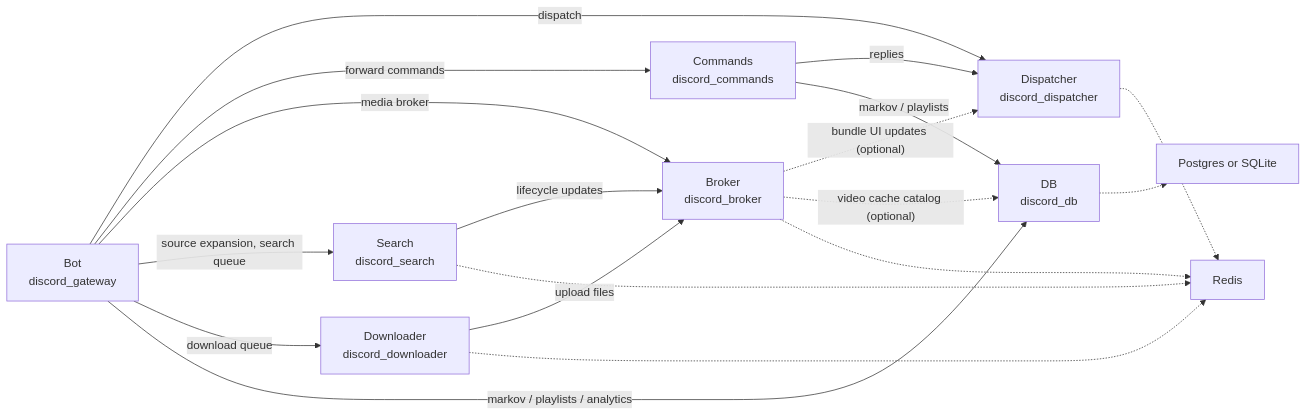
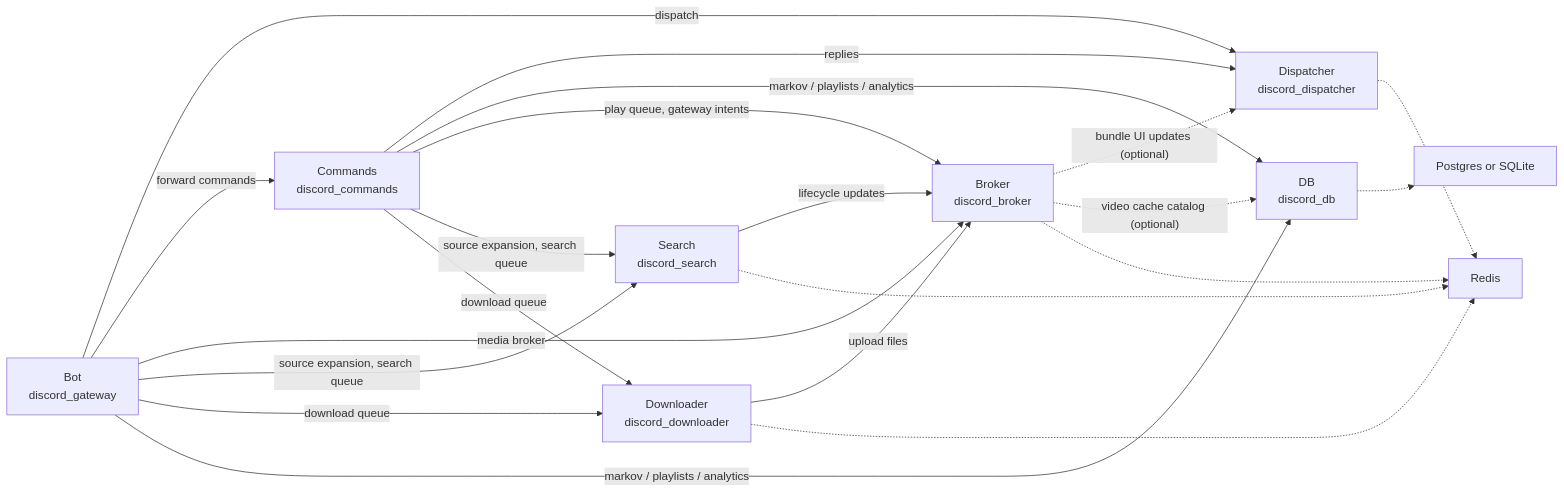
Before and after one commit to tnoff/discord-bot: the diagram in docs/architecture.md, drawn with Mermaid.

Commit message:
docs: show the commands pod's broker, search and downloader arrows in the diagram (#1030)

````diff
--- a/docs/architecture.md
+++ b/docs/architecture.md
@@ -37,31 +37,34 @@
 ```mermaid
 flowchart LR
     BOT["Bot<br/>discord_gateway"]
     COMMANDS["Commands<br/>discord_commands"]
     DISPATCHER["Dispatcher<br/>discord_dispatcher"]
     BROKER["Broker<br/>discord_broker"]
     DB["DB<br/>discord_db"]
     DOWNLOADER["Downloader<br/>discord_downloader"]
     SEARCH["Search<br/>discord_search"]
     REDIS["Redis"]
     DATABASE["Postgres or SQLite"]
 
     BOT -->|dispatch| DISPATCHER
     BOT -->|forward commands| COMMANDS
     COMMANDS -->|replies| DISPATCHER
-    COMMANDS -->|markov / playlists| DB
+    COMMANDS -->|markov / playlists / analytics| DB
+    COMMANDS -->|play queue, gateway intents| BROKER
+    COMMANDS -->|source expansion, search queue| SEARCH
+    COMMANDS -->|download queue| DOWNLOADER
     BOT -->|media broker| BROKER
     BOT -->|source expansion, search queue| SEARCH
     BOT -->|download queue| DOWNLOADER
     BOT -->|markov / playlists / analytics| DB
     DOWNLOADER -->|upload files| BROKER
     SEARCH -->|lifecycle updates| BROKER
     BROKER -.->|"bundle UI updates (optional)"| DISPATCHER
     BROKER -.->|"video cache catalog (optional)"| DB
 
     DISPATCHER -.-> REDIS
     BROKER -.-> REDIS
     DOWNLOADER -.-> REDIS
     SEARCH -.-> REDIS
     DB -.-> DATABASE
 ```
````
